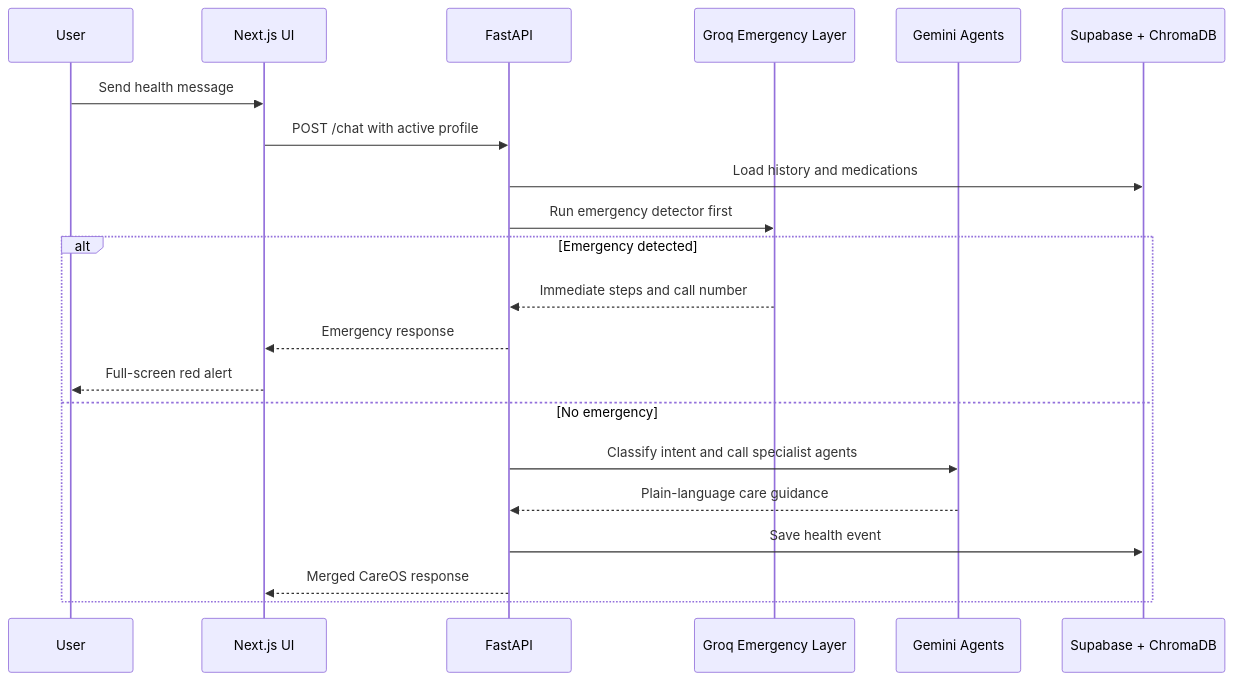
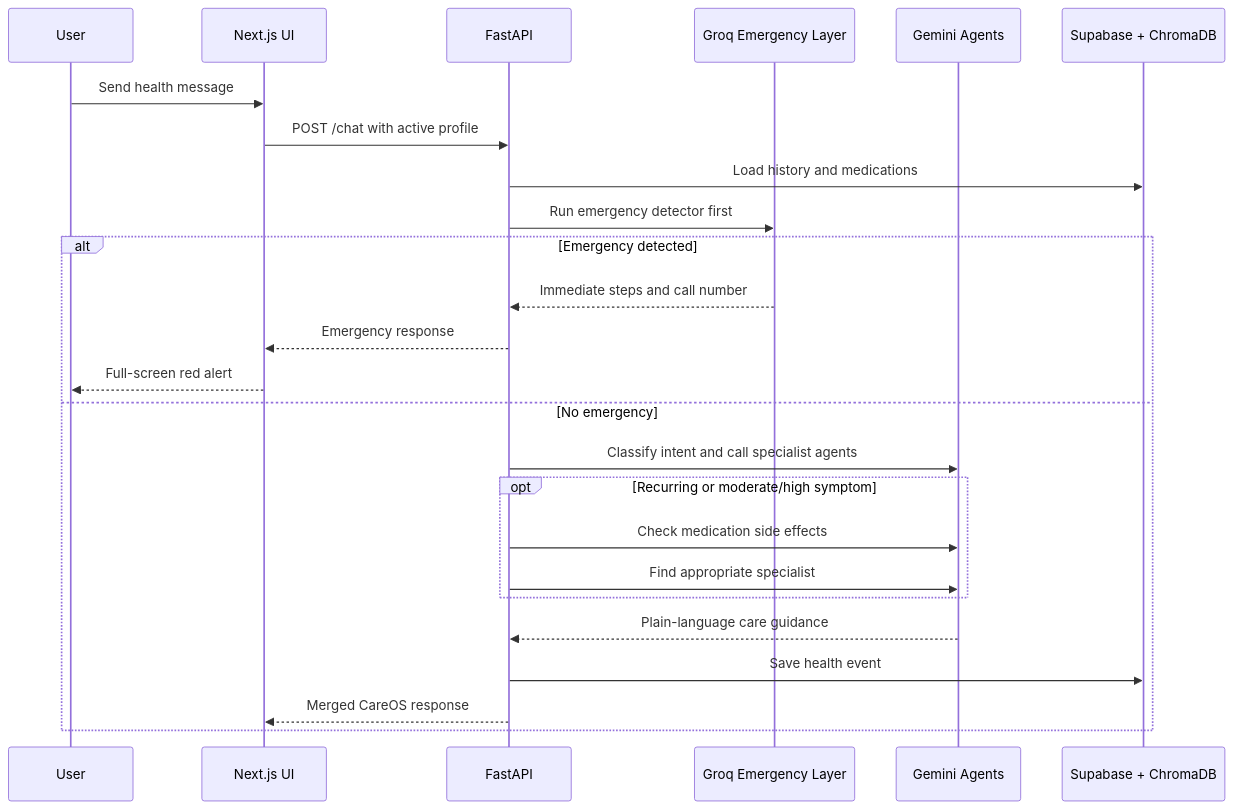
One commit to Ayushstark/Far_Away changed the second of 2 diagrams in README.md. Above: the diagram before and after it, drawn with Mermaid. The commit also changed other lines of this file and 16 other files, not shown here.

````diff
--- a/README.md
+++ b/README.md
@@ -66,24 +74,28 @@
 ```mermaid
 sequenceDiagram
     participant User
     participant UI as Next.js UI
     participant API as FastAPI
     participant Groq as Groq Emergency Layer
     participant Gemini as Gemini Agents
     participant Data as Supabase + ChromaDB
 
     User->>UI: Send health message
     UI->>API: POST /chat with active profile
     API->>Data: Load history and medications
     API->>Groq: Run emergency detector first
     alt Emergency detected
         Groq-->>API: Immediate steps and call number
         API-->>UI: Emergency response
         UI-->>User: Full-screen red alert
     else No emergency
         API->>Gemini: Classify intent and call specialist agents
+        opt Recurring or moderate/high symptom
+            API->>Gemini: Check medication side effects
+            API->>Gemini: Find appropriate specialist
+        end
         Gemini-->>API: Plain-language care guidance
         API->>Data: Save health event
         API-->>UI: Merged CareOS response
     end
 ```
````
